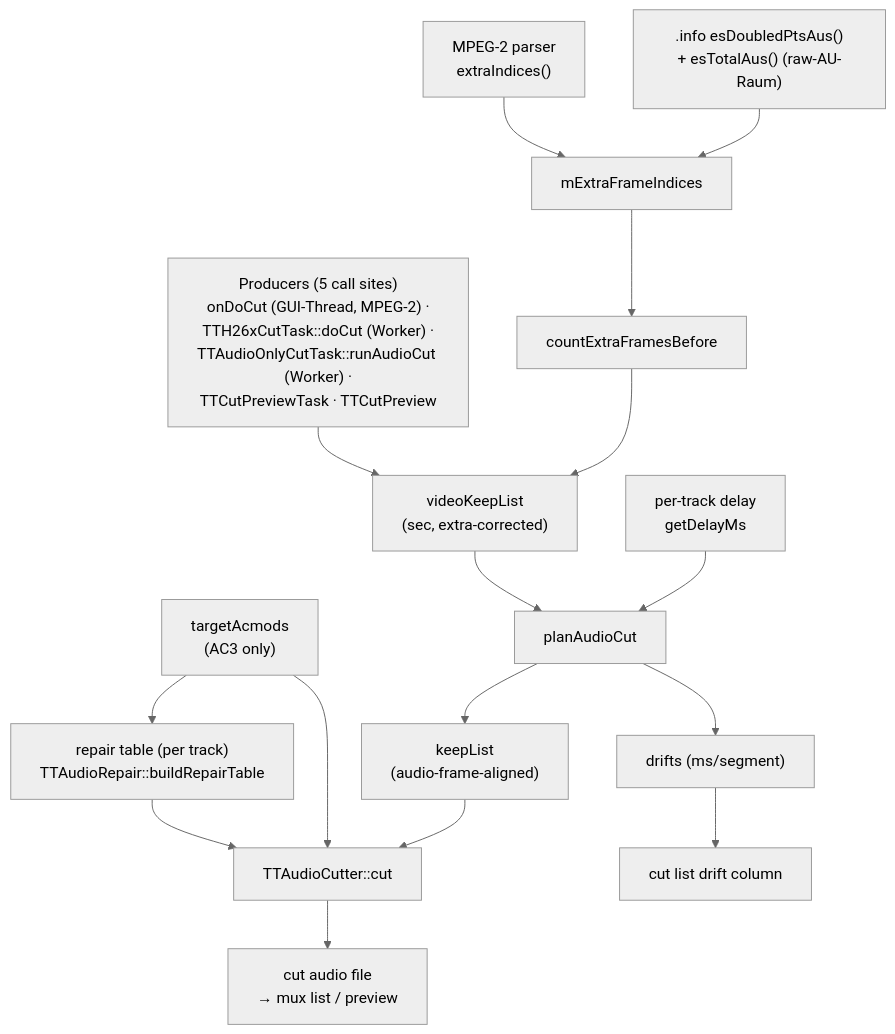
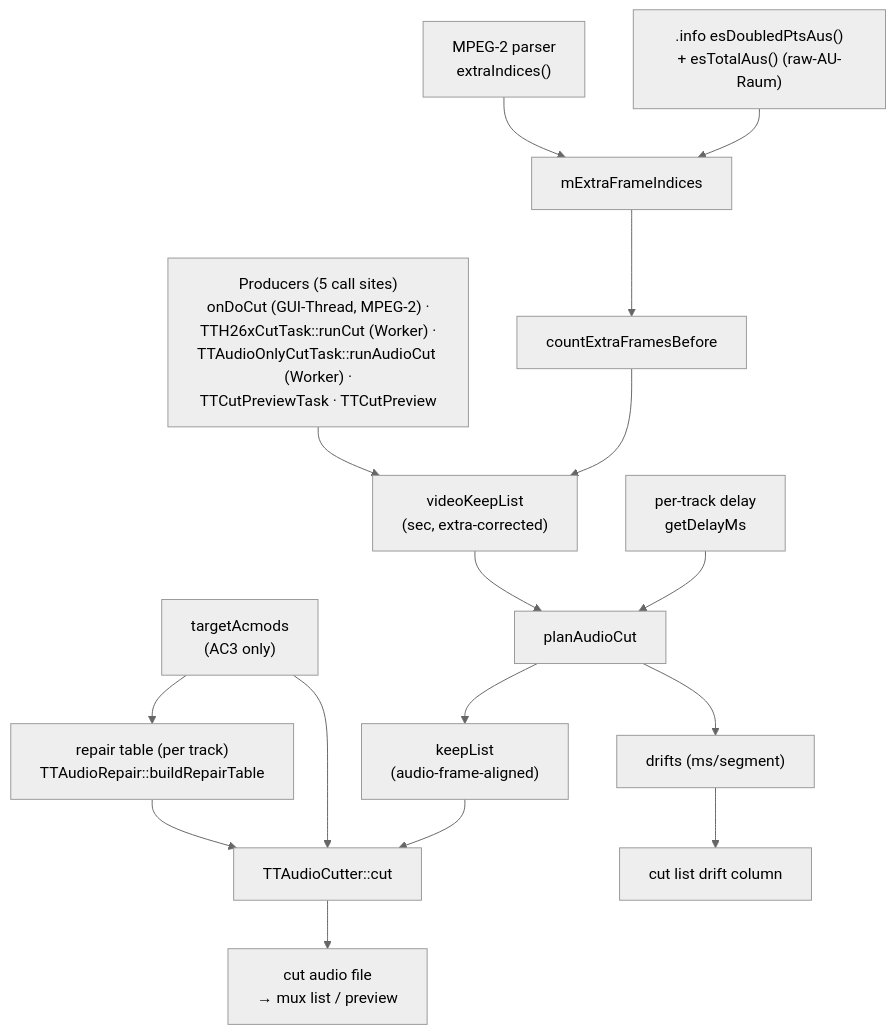
Before and after one commit to MINIXJR/TTCut-ng: the diagram in docs/code-map/audio-cut-timing.md, drawn with Mermaid (neutral theme). The commit also changed other lines of this file and 16 other files, not shown here.

````diff
--- a/docs/code-map/audio-cut-timing.md
+++ b/docs/code-map/audio-cut-timing.md
@@ -58,34 +60,34 @@
 ```mermaid
 flowchart TD
   INFO[".info esDoubledPtsAus()<br/>+ esTotalAus() (raw-AU-Raum)"]
   MP2X["MPEG-2 parser<br/>extraIndices()"]
   EXTRA["mExtraFrameIndices"]
   CEFB["countExtraFramesBefore"]
-  PROD["Producers (5 call sites)<br/>onDoCut (GUI-Thread, MPEG-2) ·<br/>TTH26xCutTask::doCut (Worker) ·<br/>TTAudioOnlyCutTask::runAudioCut (Worker) ·<br/>TTCutPreviewTask · TTCutPreview"]
+  PROD["Producers (5 call sites)<br/>onDoCut (GUI-Thread, MPEG-2) ·<br/>TTH26xCutTask::runCut (Worker) ·<br/>TTAudioOnlyCutTask::runAudioCut (Worker) ·<br/>TTCutPreviewTask · TTCutPreview"]
   VKL["videoKeepList<br/>(sec, extra-corrected)"]
   DELAY["per-track delay<br/>getDelayMs"]
   PLAN["planAudioCut"]
   KEEP["keepList<br/>(audio-frame-aligned)"]
   ACMOD["targetAcmods<br/>(AC3 only)"]
   REPAIR["repair table (per track)<br/>TTAudioRepair::buildRepairTable"]
   CUT["TTAudioCutter::cut"]
   OUT["cut audio file<br/>→ mux list / preview"]
   DRIFT["drifts (ms/segment)"]
   COL4["cut list drift column"]
 
   INFO --> EXTRA
   MP2X --> EXTRA
   EXTRA --> CEFB
   CEFB --> VKL
   PROD --> VKL
   DELAY --> PLAN
   VKL --> PLAN
   PLAN --> KEEP
   PLAN --> DRIFT
   KEEP --> CUT
   ACMOD --> CUT
   ACMOD --> REPAIR
   REPAIR --> CUT
   CUT --> OUT
   DRIFT --> COL4
 ```
````
